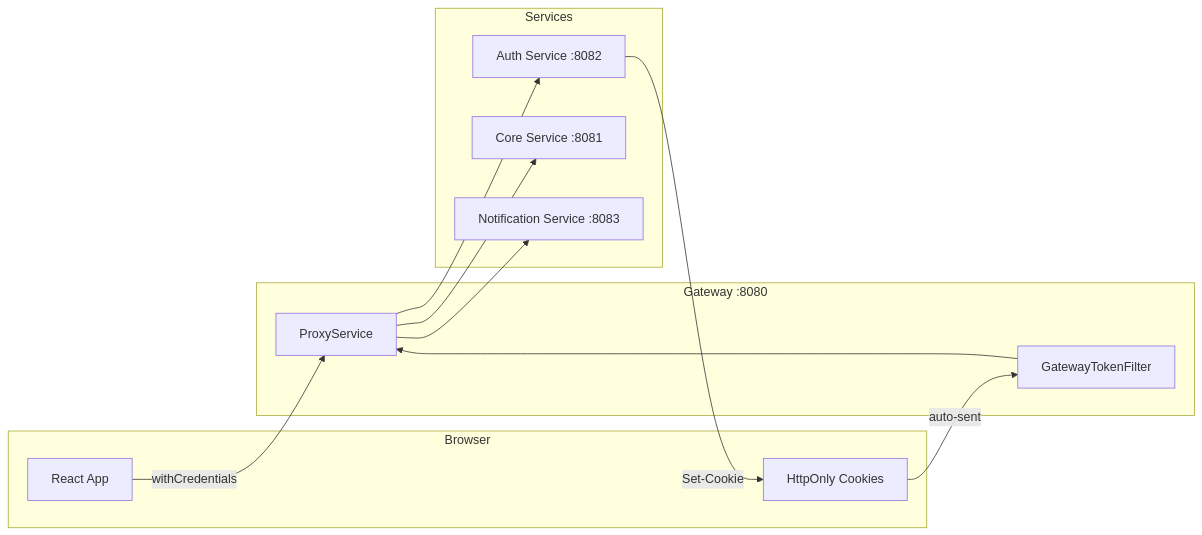
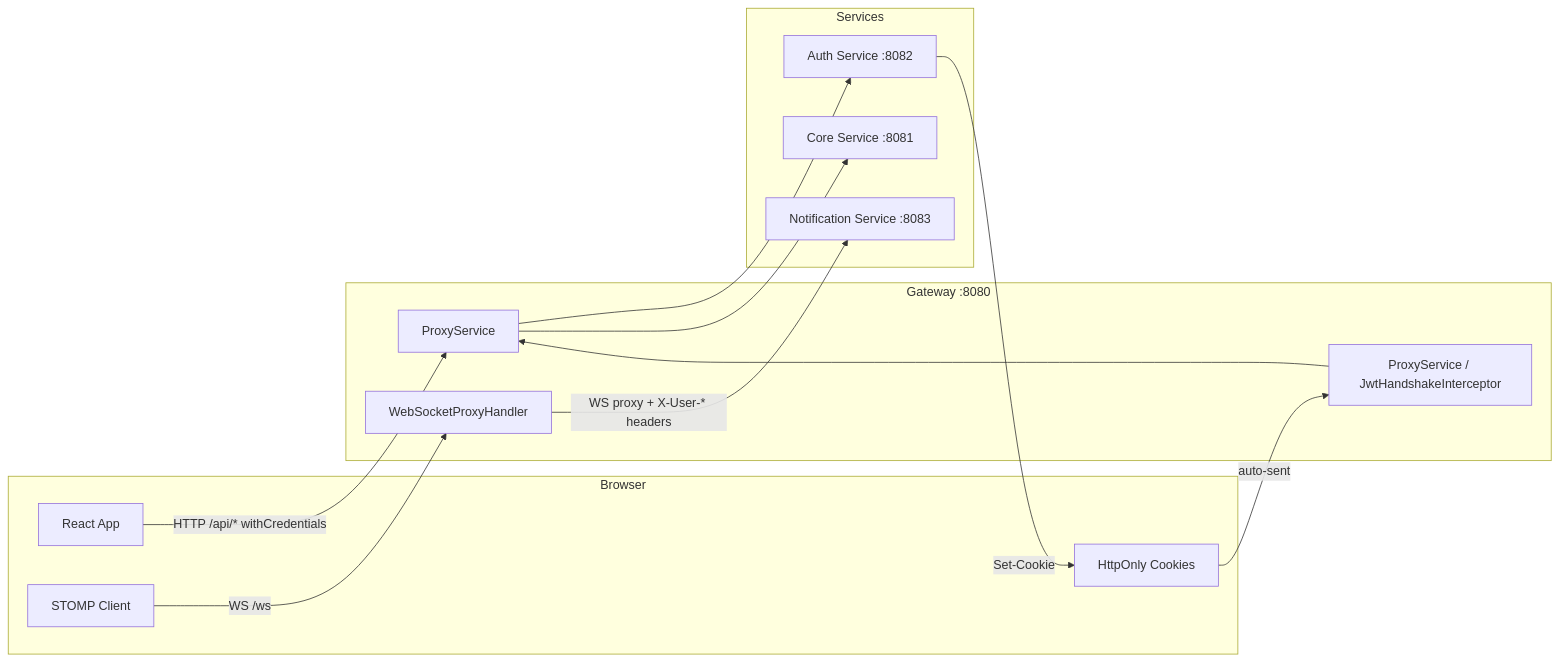
The first of 7 diagrams in docs/authentication_flow.md (gnl-org/workhub), drawn with Mermaid before and after one commit. The commit also changed other lines of this file, not shown here.

Commit message:
auth flow documentation udpate

````diff
--- a/docs/authentication_flow.md
+++ b/docs/authentication_flow.md
@@ -21,23 +21,26 @@
 ```mermaid
 flowchart LR
     subgraph Browser
         UI[React App]
+        WS[STOMP Client]
         Cookies[HttpOnly Cookies]
     end
     subgraph Gateway [Gateway :8080]
-        JWT[GatewayTokenFilter]
         Proxy[ProxyService]
+        WSH[WebSocketProxyHandler]
+        JWT[ProxyService / JwtHandshakeInterceptor]
     end
     subgraph Services
         Auth[Auth Service :8082]
         Core[Core Service :8081]
         Notif[Notification Service :8083]
     end
-    UI -->|withCredentials| Proxy
+    UI -->|HTTP /api/* withCredentials| Proxy
     Proxy --> Auth
     Proxy --> Core
-    Proxy --> Notif
+    WS -->|WS /ws| WSH
+    WSH -->|WS proxy + X-User-* headers| Notif
     Auth -->|Set-Cookie| Cookies
     Cookies -->|auto-sent| JWT
     JWT --> Proxy
 ```
````
